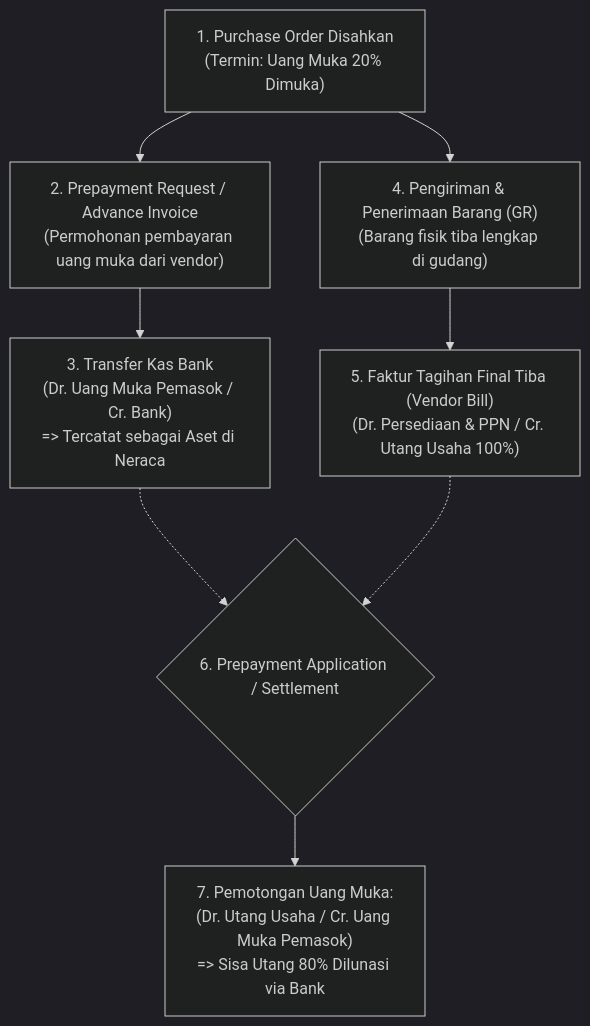
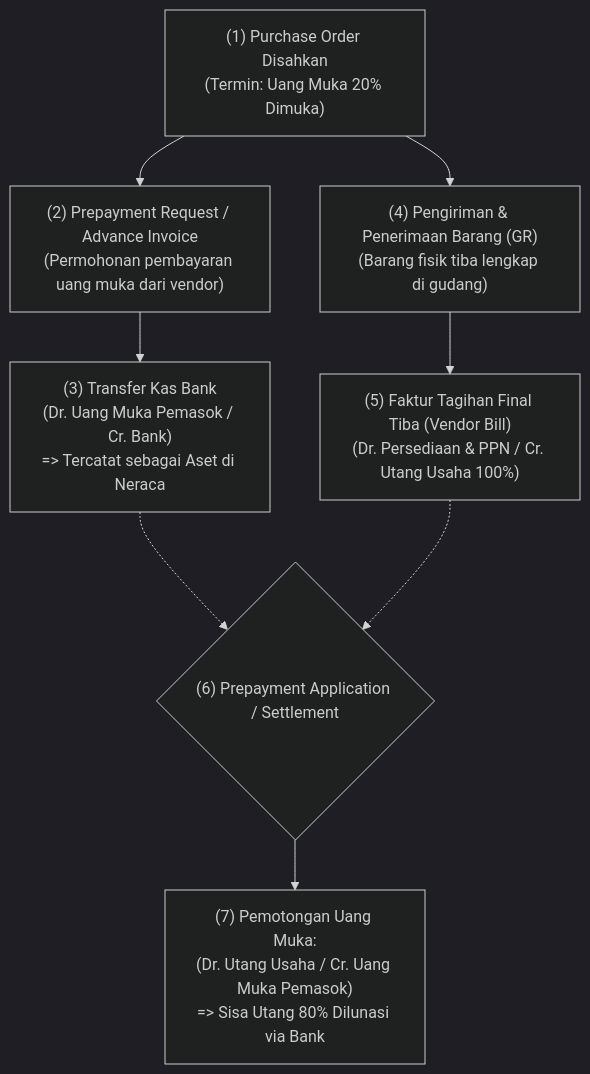
The diagram in content/04-purchasing/prepayment-and-down-payment.md (alimurrofid/erp-notes), drawn with Mermaid (dark theme) before and after one commit. The commit also changed 132 other files, not shown here.

````diff
--- a/content/04-purchasing/prepayment-and-down-payment.md
+++ b/content/04-purchasing/prepayment-and-down-payment.md
@@ -30,14 +30,14 @@
 ```mermaid
 flowchart TD
-    PO["1. Purchase Order Disahkan<br/>(Termin: Uang Muka 20% Dimuka)"]
-    --> Req["2. Prepayment Request / Advance Invoice<br/>(Permohonan pembayaran uang muka dari vendor)"]
-    --> Pay["3. Transfer Kas Bank<br/>(Dr. Uang Muka Pemasok / Cr. Bank)<br/>=> Tercatat sebagai Aset di Neraca"]
+    PO["(1) Purchase Order Disahkan<br/>(Termin: Uang Muka 20% Dimuka)"]
+    --> Req["(2) Prepayment Request / Advance Invoice<br/>(Permohonan pembayaran uang muka dari vendor)"]
+    --> Pay["(3) Transfer Kas Bank<br/>(Dr. Uang Muka Pemasok / Cr. Bank)<br/>=> Tercatat sebagai Aset di Neraca"]
     
-    PO --> Del["4. Pengiriman & Penerimaan Barang (GR)<br/>(Barang fisik tiba lengkap di gudang)"]
-    Del --> Bill["5. Faktur Tagihan Final Tiba (Vendor Bill)<br/>(Dr. Persediaan & PPN / Cr. Utang Usaha 100%)"]
+    PO --> Del["(4) Pengiriman & Penerimaan Barang (GR)<br/>(Barang fisik tiba lengkap di gudang)"]
+    Del --> Bill["(5) Faktur Tagihan Final Tiba (Vendor Bill)<br/>(Dr. Persediaan & PPN / Cr. Utang Usaha 100%)"]
     
-    Pay -.-> Settle{"6. Prepayment Application / Settlement"}
+    Pay -.-> Settle{"(6) Prepayment Application / Settlement"}
     Bill -.-> Settle
     
-    Settle --> Clear["7. Pemotongan Uang Muka:<br/>(Dr. Utang Usaha / Cr. Uang Muka Pemasok)<br/>=> Sisa Utang 80% Dilunasi via Bank"]
+    Settle --> Clear["(7) Pemotongan Uang Muka:<br/>(Dr. Utang Usaha / Cr. Uang Muka Pemasok)<br/>=> Sisa Utang 80% Dilunasi via Bank"]
 ```
````
